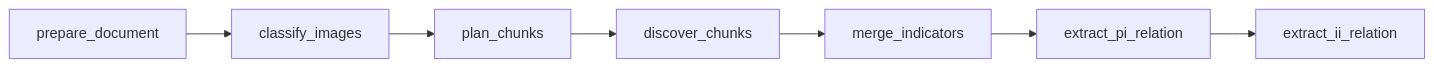
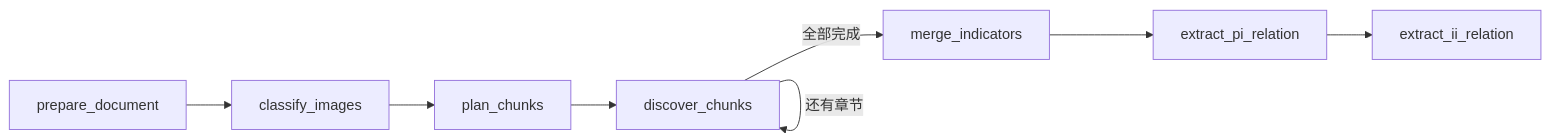
Before and after one commit to Zengzzhao/Metrics-Assistant: the diagram in README.md, drawn with Mermaid. The commit also changed other lines of this file and 7 other files, not shown here.

Commit message:
feat: 指标抽取节点改造为章节chunk的循环图

````diff
--- a/README.md
+++ b/README.md
@@ -44,9 +44,10 @@
 ```mermaid
 flowchart LR
     A[prepare_document] --> B[classify_images]
     B --> C[plan_chunks]
     C --> D[discover_chunks]
-    D --> E[merge_indicators]
+    D -->|还有章节| D
+    D -->|全部完成| E[merge_indicators]
     E --> F[extract_pi_relation]
     F --> G[extract_ii_relation]
 ```
````
